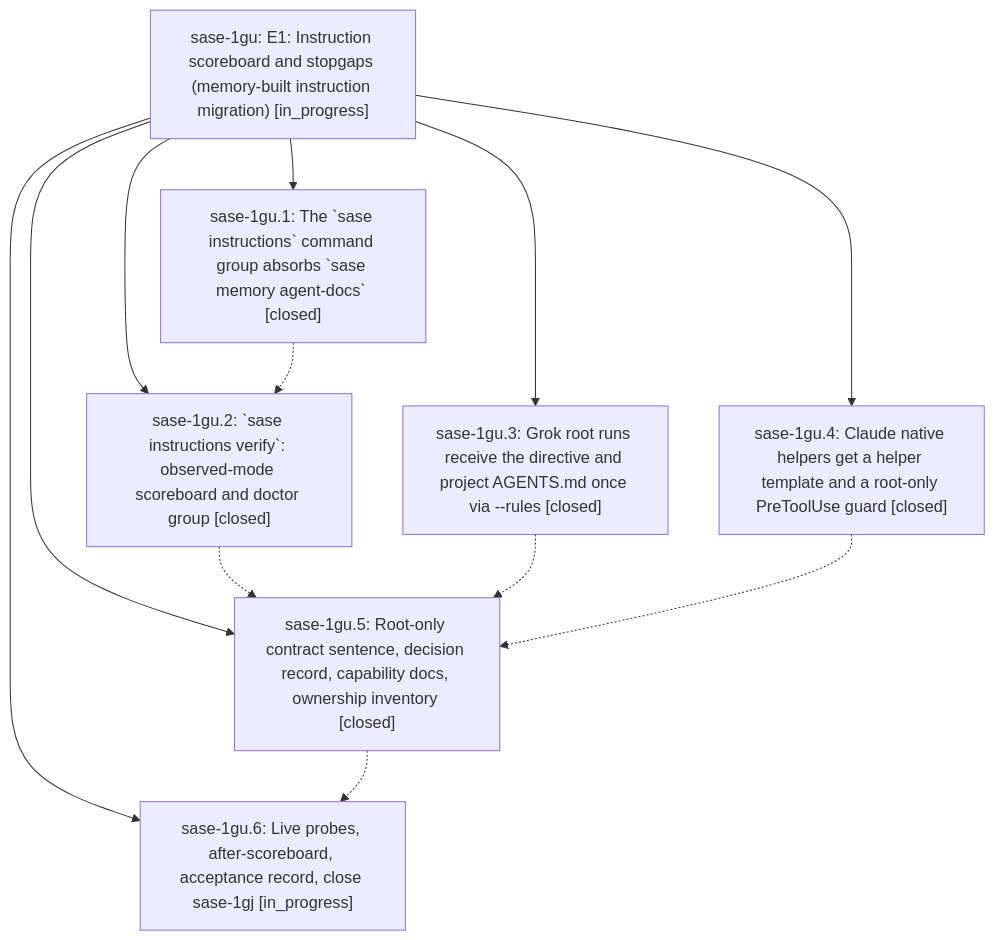
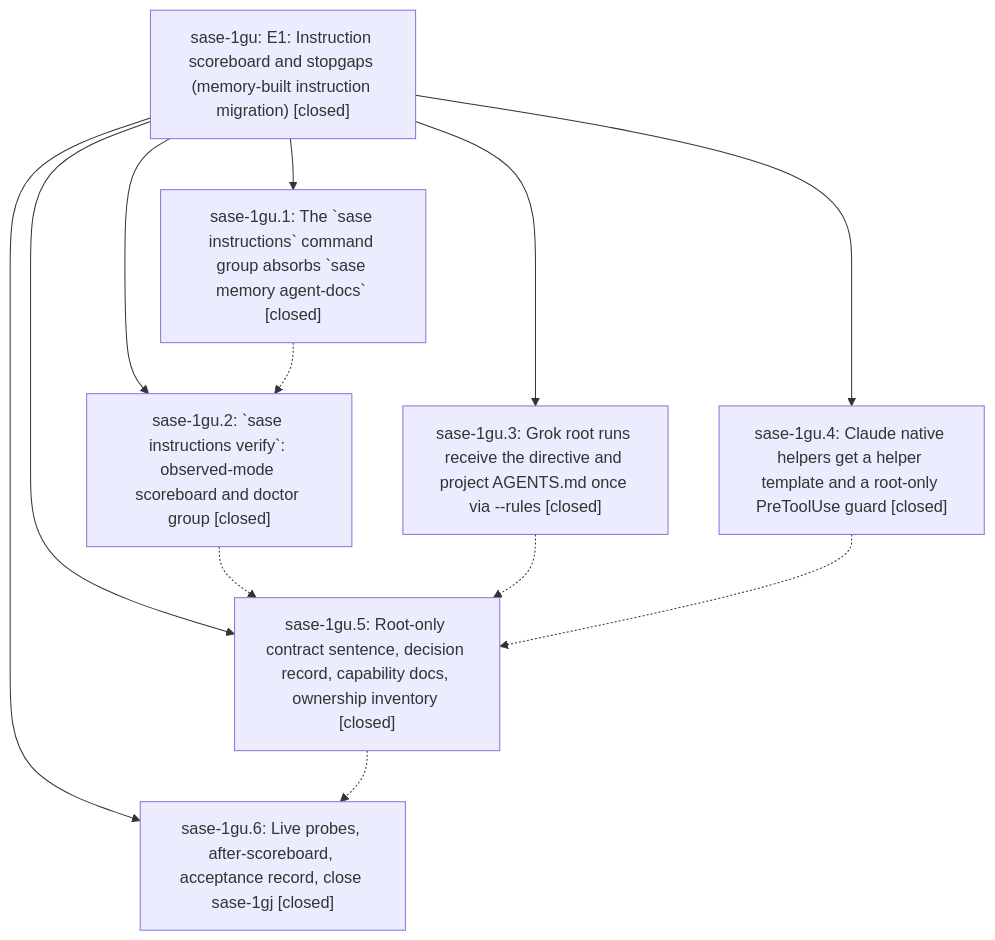
One commit to sase-org/sase--beads changed the diagram in pages/sase-1gu/README.md. Above: the diagram before and after it, drawn with Mermaid. The commit also changed other lines of this file and 3 other files, not shown here.

````diff
--- a/pages/sase-1gu/README.md
+++ b/pages/sase-1gu/README.md
@@ -51,21 +78,21 @@
 ```mermaid
 flowchart TD
-    n0["sase-1gu: E1: Instruction scoreboard and stopgaps (memory-built instruction migration) [in_progress]"]
+    n0["sase-1gu: E1: Instruction scoreboard and stopgaps (memory-built instruction migration) [closed]"]
     n1["sase-1gu.1: The `sase instructions` command group absorbs `sase memory agent-docs` [closed]"]
     n2["sase-1gu.2: `sase instructions verify`: observed-mode scoreboard and doctor group [closed]"]
     n3["sase-1gu.3: Grok root runs receive the directive and project AGENTS.md once via --rules [closed]"]
     n4["sase-1gu.4: Claude native helpers get a helper template and a root-only PreToolUse guard [closed]"]
     n5["sase-1gu.5: Root-only contract sentence, decision record, capability docs, ownership inventory [closed]"]
-    n6["sase-1gu.6: Live probes, after-scoreboard, acceptance record, close sase-1gj [in_progress]"]
+    n6["sase-1gu.6: Live probes, after-scoreboard, acceptance record, close sase-1gj [closed]"]
     n0 --> n1
     n0 --> n2
     n0 --> n3
     n0 --> n4
     n0 --> n5
     n0 --> n6
     n1 -.-> n2
     n2 -.-> n5
     n3 -.-> n5
     n4 -.-> n5
     n5 -.-> n6
 ```
````
